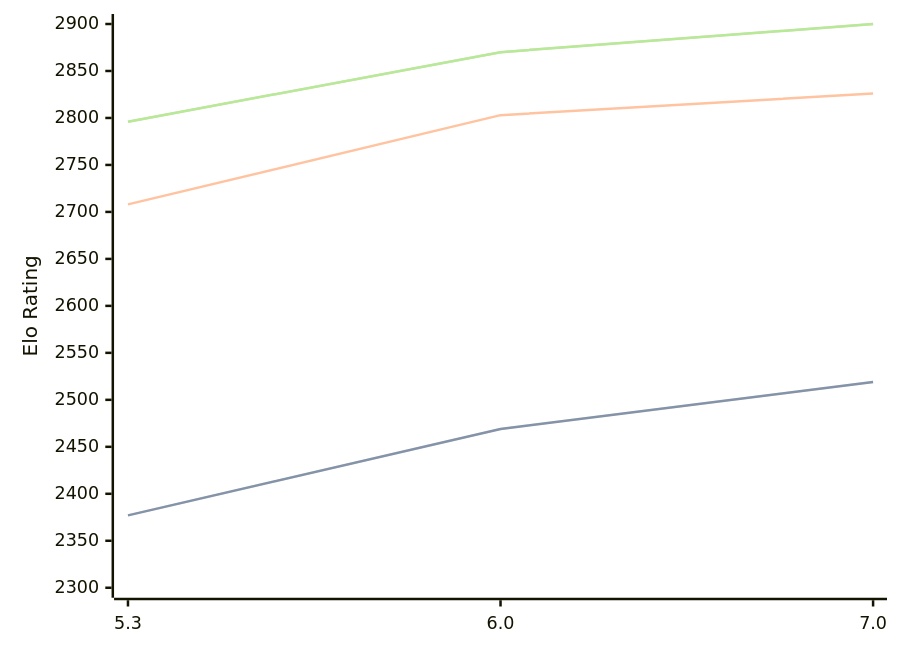
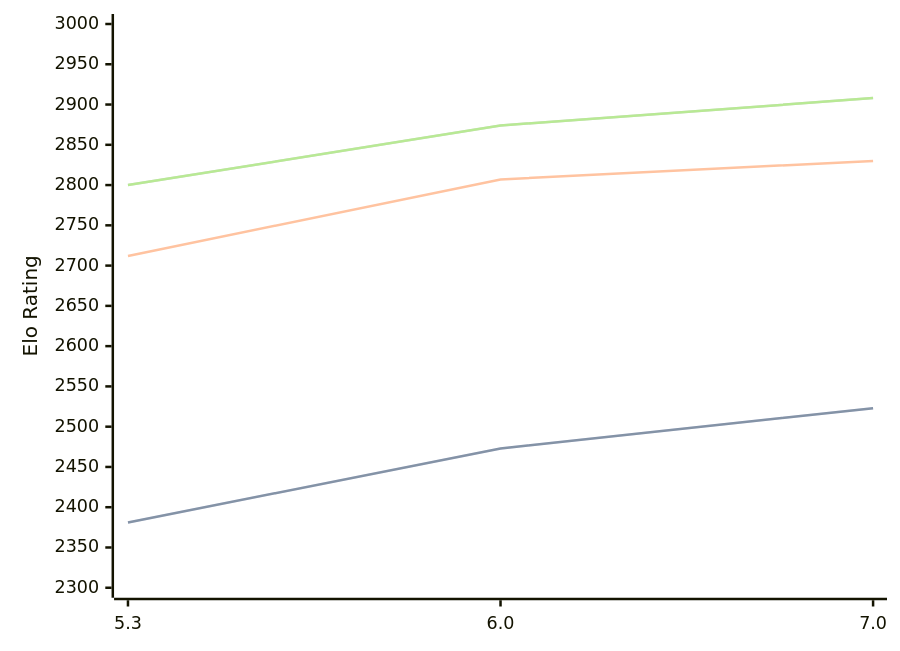
The diagram in engines/tomitankChess.md (computer-chess-index/cci), drawn with Mermaid before and after one commit. The commit also changed other lines of this file, not shown here.

Commit message:
Update CCI Ratings (ELO VLTC) - 2026-08-18

````diff
--- a/engines/tomitankChess.md
+++ b/engines/tomitankChess.md
@@ -33,11 +33,11 @@
 ```mermaid
 %%{init: {"theme":"base","themeVariables":{"seriesColors:['#a3a3a3','#222221','#faa371']}}}%%
 xychart-beta
   x-axis ["5.3", "6.0", "7.0"]
-  y-axis "Elo Rating" 2300 --> 2900
-  line "STC (8.0+0.08s)" [2377, 2469, 2519]
-  line "STC (8.0+0.08s)" [2377, 2469, 2519]
-  line "LTC (60.0+0.60s)" [2708, 2803, 2826]
-  line "VLTC (2m24s+1.12s)" [2796, 2870, 2900]
-  line "VLTC (2m24s+1.12s)" [2796, 2870, 2900]
+  y-axis "Elo Rating" 2300 --> 3000
+  line "STC (8.0+0.08s)" [2381, 2473, 2523]
+  line "STC (8.0+0.08s)" [2381, 2473, 2523]
+  line "LTC (60.0+0.60s)" [2712, 2807, 2830]
+  line "VLTC (2m24s+1.12s)" [2800, 2874, 2908]
+  line "VLTC (2m24s+1.12s)" [2800, 2874, 2908]
 ```
````
